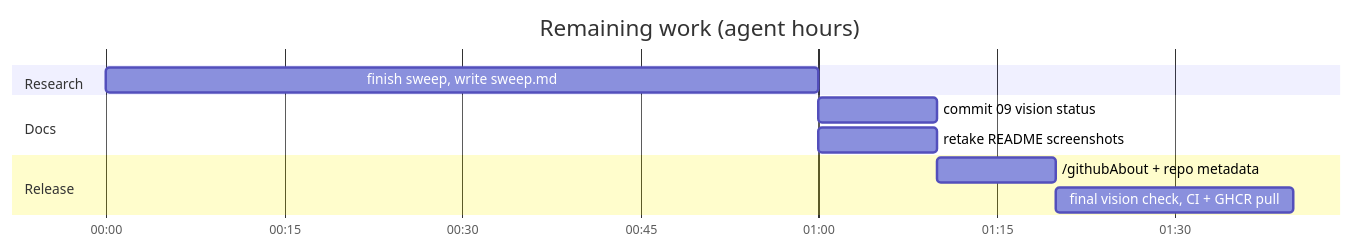
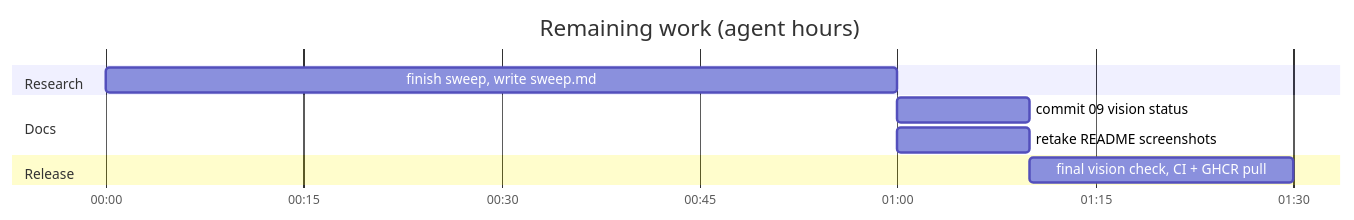
The third of 3 diagrams in plan.md (marcelpetrick/ESP32-Tiny-LLM), drawn with Mermaid before and after one commit. The commit also changed other lines of this file and 3 other files, not shown here.

````diff
--- a/plan.md
+++ b/plan.md
@@ -61,14 +62,13 @@
 ```mermaid
 gantt
     title Remaining work (agent hours)
     dateFormat HH:mm
     axisFormat %H:%M
     section Research
     finish sweep, write sweep.md       :a1, 00:00, 60m
     section Docs
     commit 09 vision status            :a2, after a1, 10m
     retake README screenshots          :a3, after a1, 10m
     section Release
-    /githubAbout + repo metadata       :a4, after a2, 10m
-    final vision check, CI + GHCR pull :a5, after a4, 20m
+    final vision check, CI + GHCR pull :a5, after a2, 20m
 ```
````
